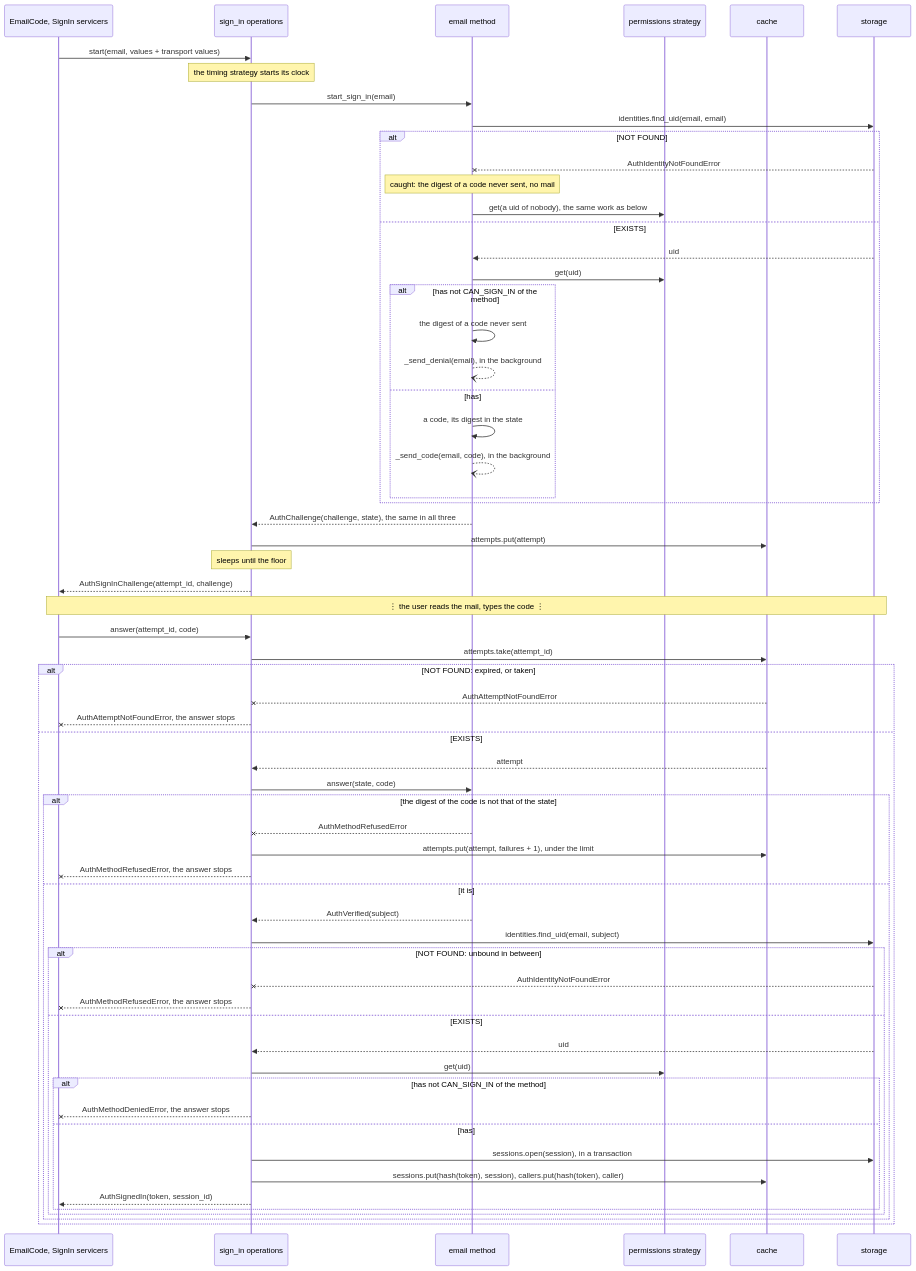
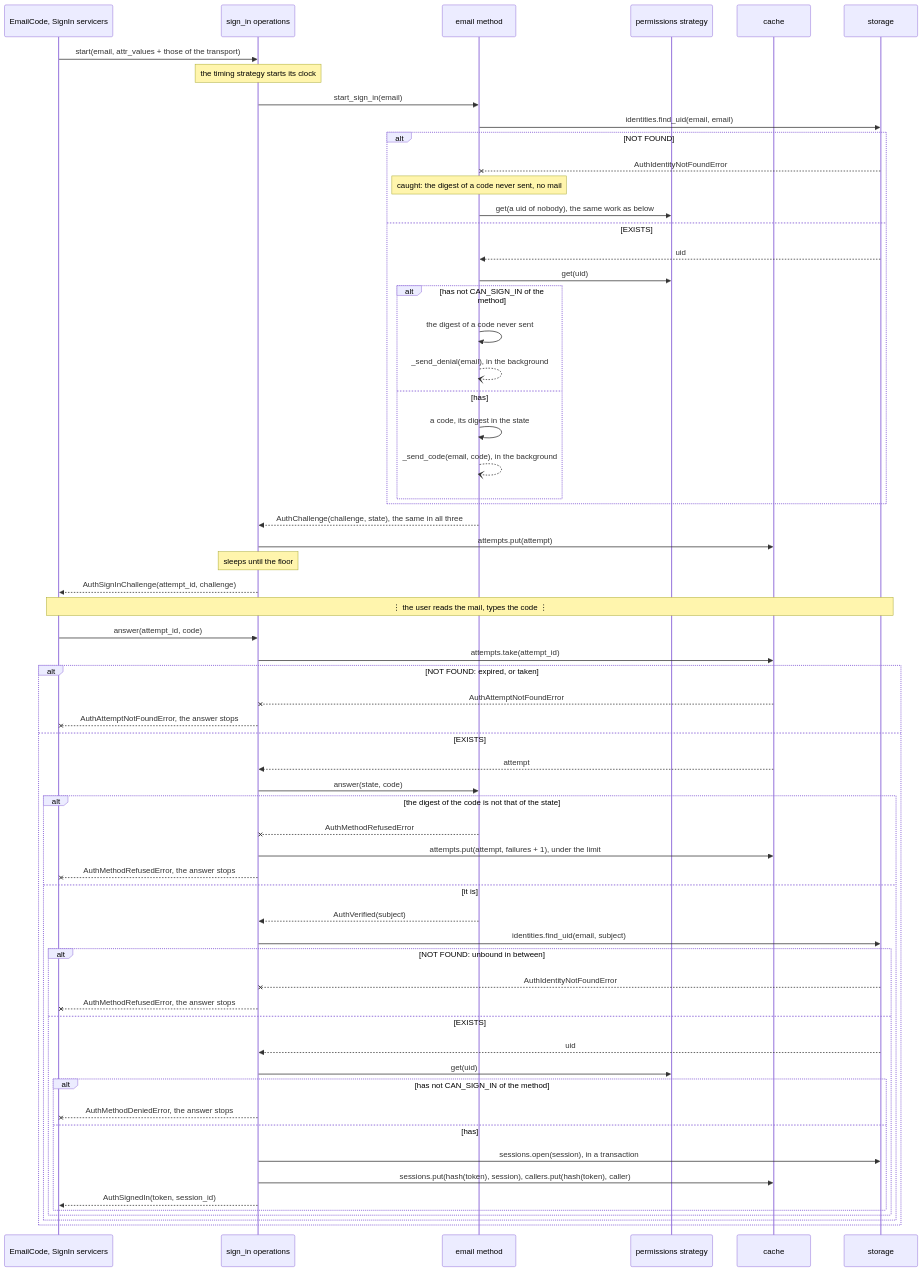
One commit to ak-ingots/ingots-libs changed the second of 2 diagrams in docs/design/auth/methods/email-code.md. Above: the diagram before and after it, drawn with Mermaid. The commit also changed other lines of this file and 8 other files, not shown here.

````diff
--- a/docs/design/auth/methods/email-code.md
+++ b/docs/design/auth/methods/email-code.md
@@ -87,64 +87,64 @@
 ```mermaid
 sequenceDiagram
     participant Servicer as EmailCode, SignIn servicers
     participant SignIn as sign_in operations
     participant Method as email method
     participant Perms as permissions strategy
     participant Cache as cache
     participant Storage as storage
-    Servicer->>SignIn: start(email, values + transport values)
+    Servicer->>SignIn: start(email, attr_values + those of the transport)
     Note over SignIn: the timing strategy starts its clock
     SignIn->>Method: start_sign_in(email)
     Method->>Storage: identities.find_uid(email, email)
     alt NOT FOUND
         Storage--xMethod: AuthIdentityNotFoundError
         Note over Method: caught: the digest of a code never sent, no mail
         Method->>Perms: get(a uid of nobody), the same work as below
     else EXISTS
         Storage-->>Method: uid
         Method->>Perms: get(uid)
         alt has not CAN_SIGN_IN of the method
             Method->>Method: the digest of a code never sent
             Method--)Method: _send_denial(email), in the background
         else has
             Method->>Method: a code, its digest in the state
             Method--)Method: _send_code(email, code), in the background
         end
     end
     Method-->>SignIn: AuthChallenge(challenge, state), the same in all three
     SignIn->>Cache: attempts.put(attempt)
     Note over SignIn: sleeps until the floor
     SignIn-->>Servicer: AuthSignInChallenge(attempt_id, challenge)
     Note over Servicer,Storage: ⋮ the user reads the mail, types the code ⋮
     Servicer->>SignIn: answer(attempt_id, code)
     SignIn->>Cache: attempts.take(attempt_id)
     alt NOT FOUND: expired, or taken
         Cache--xSignIn: AuthAttemptNotFoundError
         SignIn--xServicer: AuthAttemptNotFoundError, the answer stops
     else EXISTS
         Cache-->>SignIn: attempt
         SignIn->>Method: answer(state, code)
         alt the digest of the code is not that of the state
             Method--xSignIn: AuthMethodRefusedError
             SignIn->>Cache: attempts.put(attempt, failures + 1), under the limit
             SignIn--xServicer: AuthMethodRefusedError, the answer stops
         else it is
             Method-->>SignIn: AuthVerified(subject)
             SignIn->>Storage: identities.find_uid(email, subject)
             alt NOT FOUND: unbound in between
                 Storage--xSignIn: AuthIdentityNotFoundError
                 SignIn--xServicer: AuthMethodRefusedError, the answer stops
             else EXISTS
                 Storage-->>SignIn: uid
                 SignIn->>Perms: get(uid)
                 alt has not CAN_SIGN_IN of the method
                     SignIn--xServicer: AuthMethodDeniedError, the answer stops
                 else has
                     SignIn->>Storage: sessions.open(session), in a transaction
                     SignIn->>Cache: sessions.put(hash(token), session), callers.put(hash(token), caller)
                     SignIn-->>Servicer: AuthSignedIn(token, session_id)
                 end
             end
         end
     end
 ```
````
